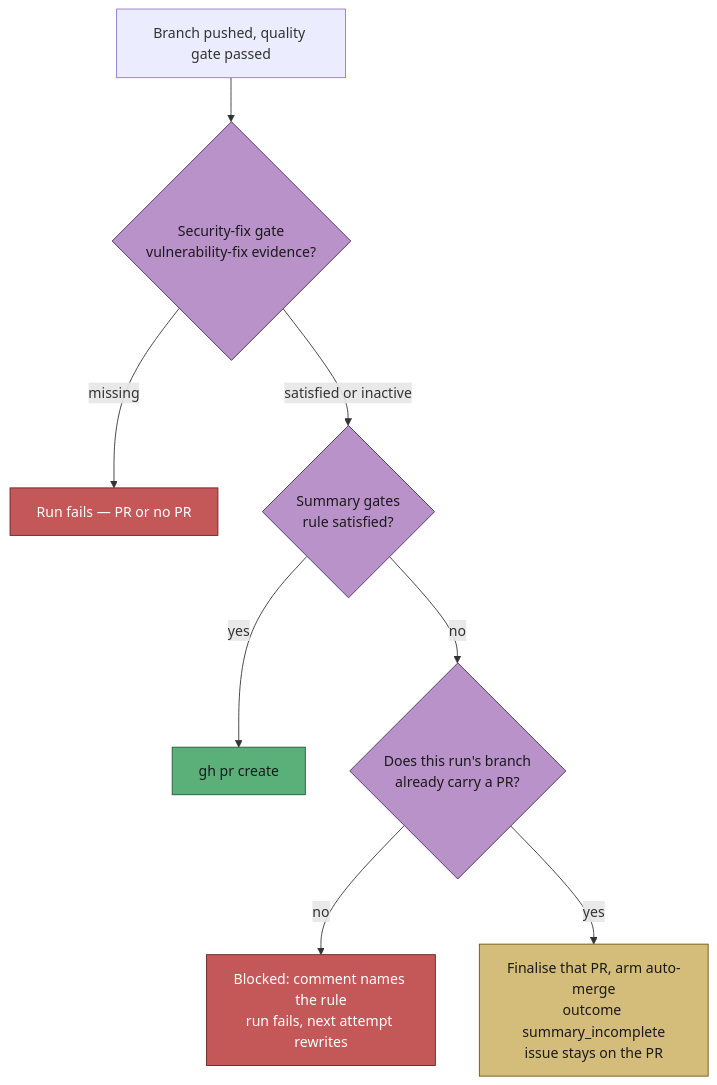
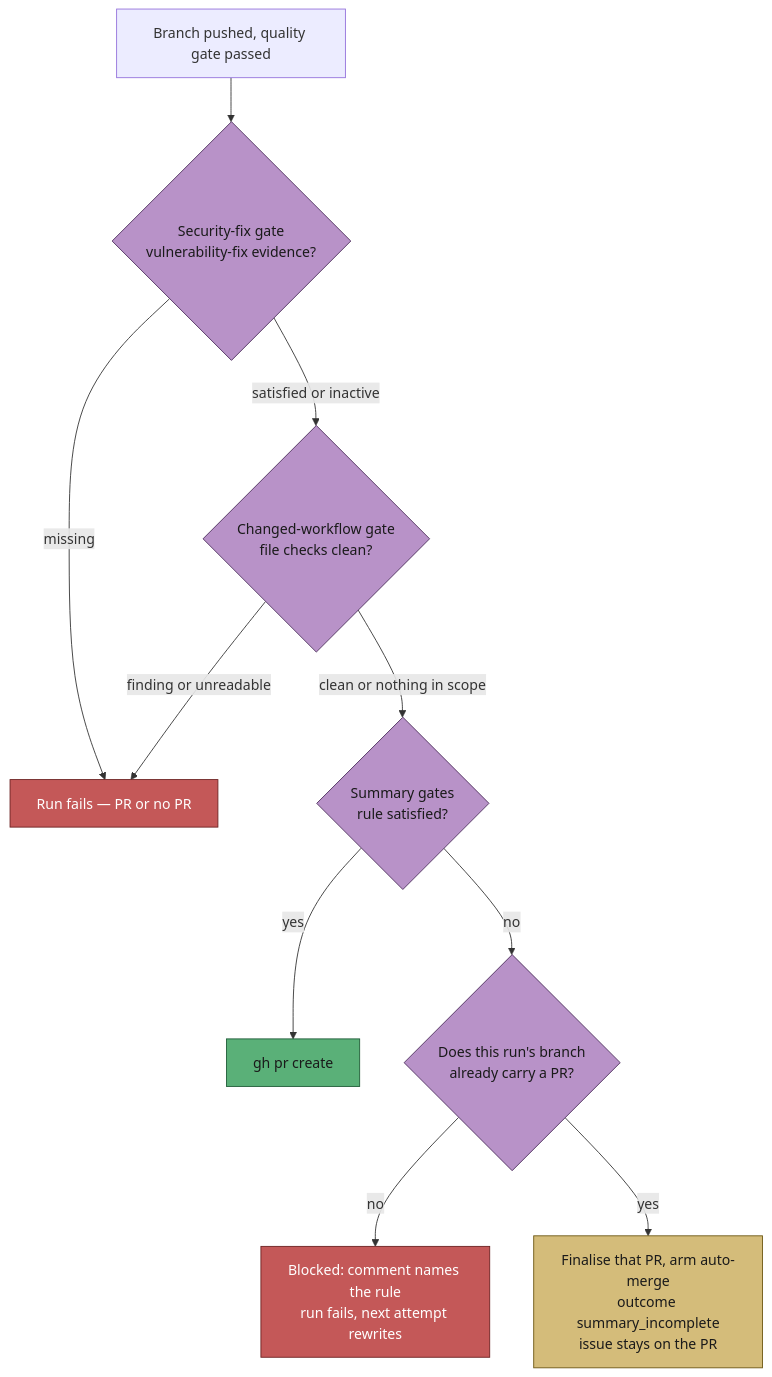
Diagram 15 of 16 in docs/workflows/issue-processing.md (stSoftwareAU/VibeCoder), drawn with Mermaid before and after one commit. The commit also changed other lines of this file and 5 other files, not shown here.

First line of the commit message:
Run WORKFLOW_FILE_CHECKS over changed workflow files before the PR

````diff
--- a/docs/workflows/issue-processing.md
+++ b/docs/workflows/issue-processing.md
@@ -924,17 +991,20 @@
 ```mermaid
 flowchart TD
     A["Branch pushed, quality gate passed"] --> SEC{"Security-fix gate<br/>vulnerability-fix evidence?"}
     SEC -->|"missing"| F2["Run fails — PR or no PR"]
-    SEC -->|"satisfied or inactive"| G{"Summary gates<br/>rule satisfied?"}
+    SEC -->|"satisfied or inactive"| WF{"Changed-workflow gate<br/>file checks clean?"}
+    WF -->|"finding or unreadable"| F2
+    WF -->|"clean or nothing in scope"| G{"Summary gates<br/>rule satisfied?"}
     G -->|yes| PR["gh pr create"]
     G -->|no| Q{"Does this run's branch<br/>already carry a PR?"}
     Q -->|no| F["Blocked: comment names the rule<br/>run fails, next attempt rewrites"]
     Q -->|yes| S["Finalise that PR, arm auto-merge<br/>outcome summary_incomplete<br/>issue stays on the PR"]
     style SEC fill:#b892c8,stroke:#4a2d5a,color:#1a1a1a
+    style WF fill:#b892c8,stroke:#4a2d5a,color:#1a1a1a
     style G fill:#b892c8,stroke:#4a2d5a,color:#1a1a1a
     style Q fill:#b892c8,stroke:#4a2d5a,color:#1a1a1a
     style PR fill:#5ab078,stroke:#1d5a35,color:#1a1a1a
     style S fill:#d4bc7a,stroke:#6b5510,color:#1a1a1a
     style F fill:#c45858,stroke:#6b2020,color:#fff
     style F2 fill:#c45858,stroke:#6b2020,color:#fff
 ```
````
